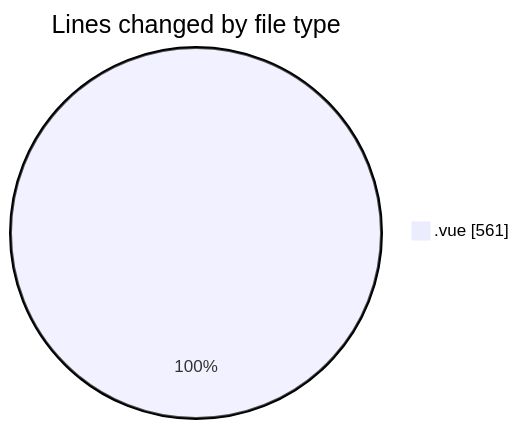
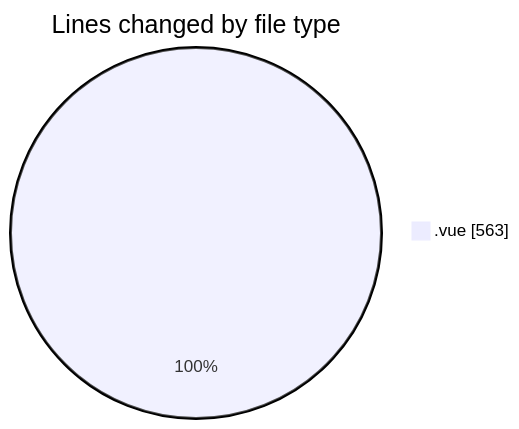
One commit to robertbonfada/code-tracking changed the first of 2 diagrams in 2025-03-14/lumine-web/README.md. Above: the diagram before and after it, drawn with Mermaid. The commit also changed other lines of this file and 1 other file, not shown here.

````diff
--- a/2025-03-14/lumine-web/README.md
+++ b/2025-03-14/lumine-web/README.md
@@ -22,5 +22,5 @@
 ```mermaid
 pie showData
 title Lines changed by file type
-".vue" : 561
+".vue" : 563
 ```
````
